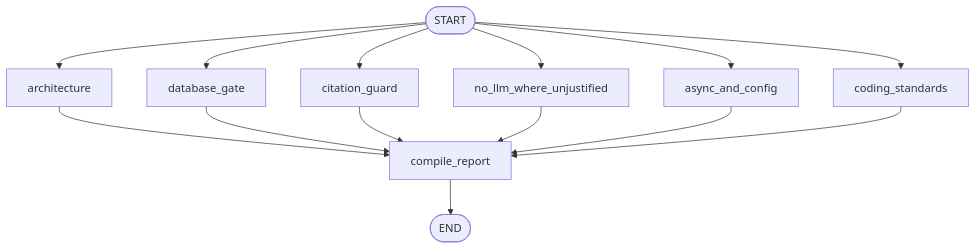
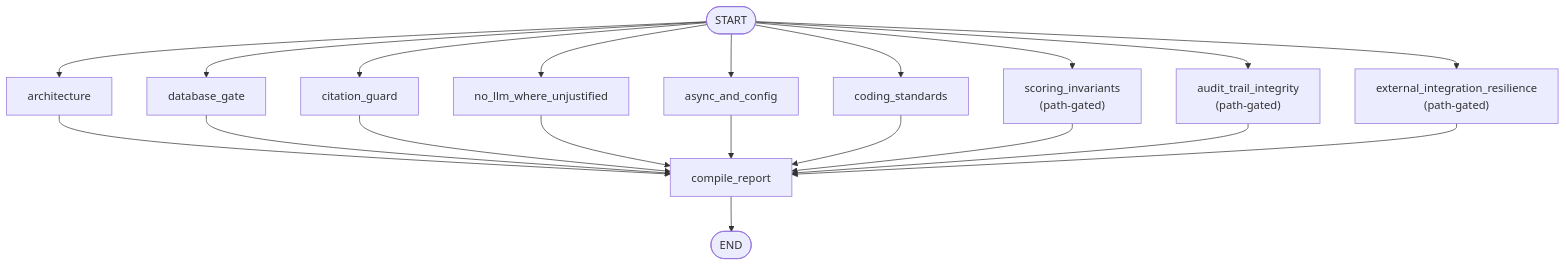
The fifth of 6 diagrams in docs/architecture/dev-harness-technical.md (surajkoditala/humaid-risk-governance), drawn with Mermaid before and after one commit. The commit also changed other lines of this file and 4 other files, not shown here.

````diff
--- a/docs/architecture/dev-harness-technical.md
+++ b/docs/architecture/dev-harness-technical.md
@@ -194,16 +228,22 @@
 ```mermaid
 flowchart TB
     START(["START"]) --> N1["architecture"]
     START --> N2["database_gate"]
     START --> N3["citation_guard"]
     START --> N4["no_llm_where_unjustified"]
     START --> N5["async_and_config"]
     START --> N6["coding_standards"]
+    START --> N7["scoring_invariants<br/>(path-gated)"]
+    START --> N8["audit_trail_integrity<br/>(path-gated)"]
+    START --> N9["external_integration_resilience<br/>(path-gated)"]
     N1 --> COMPILE["compile_report"]
     N2 --> COMPILE
     N3 --> COMPILE
     N4 --> COMPILE
     N5 --> COMPILE
     N6 --> COMPILE
+    N7 --> COMPILE
+    N8 --> COMPILE
+    N9 --> COMPILE
     COMPILE --> END(["END"])
 ```
````
